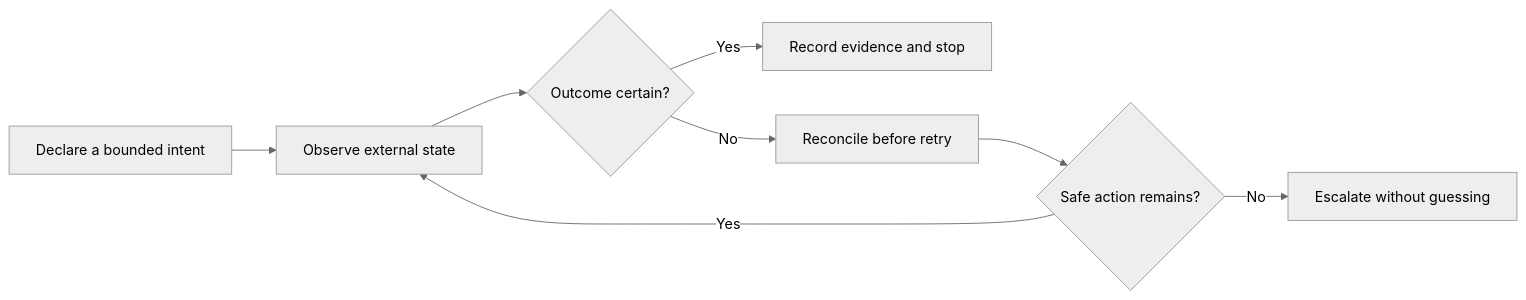
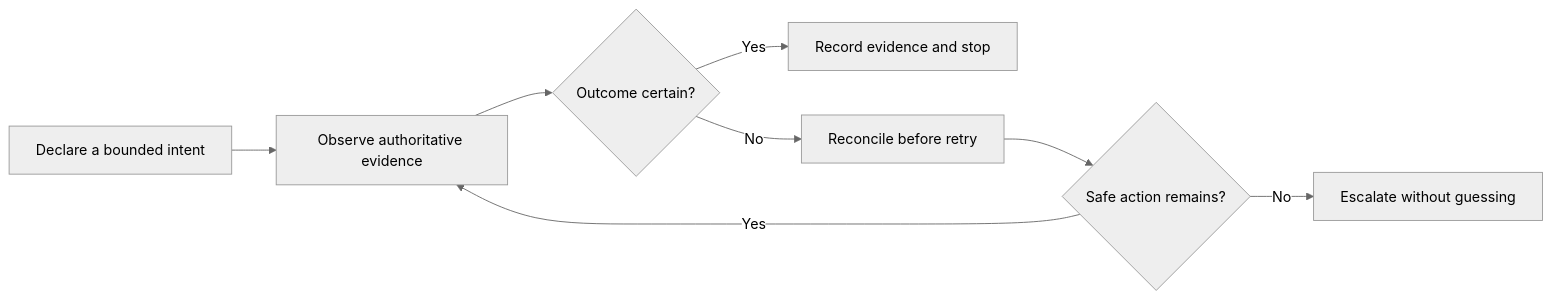
Before and after one commit to Jnapier2/automation-reliability-case-studies: the diagram in README.md, drawn with Mermaid (neutral theme). The commit also changed other lines of this file and 5 other files, not shown here.

````diff
--- a/README.md
+++ b/README.md
@@ -29,10 +43,10 @@
 ```mermaid
 flowchart LR
-    A["Declare a bounded intent"] --> B["Observe external state"]
+    A["Declare a bounded intent"] --> B["Observe authoritative evidence"]
     B --> C{"Outcome certain?"}
     C -- "Yes" --> D["Record evidence and stop"]
     C -- "No" --> E["Reconcile before retry"]
     E --> F{"Safe action remains?"}
     F -- "Yes" --> B
     F -- "No" --> G["Escalate without guessing"]
 ```
````
